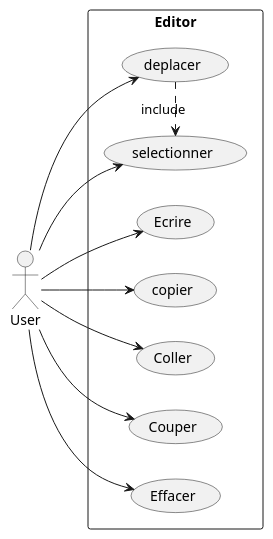
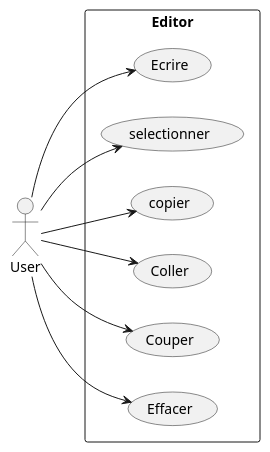
Before and after one commit to kiurow590/ESIR2_OMD_Project_Editor: the diagram in UMLDiag/v1/UseCase.puml, drawn with PlantUML. The commit also changed 6 other files, not shown here.

Commit message:
Mise a jour du readme avec ajout de la V1 + image et correction des diagramme + ajout de la V2 avec diag mais en attente de rediscussion

```diff
--- a/UMLDiag/v1/UseCase.puml
+++ b/UMLDiag/v1/UseCase.puml
@@ -1,26 +1,23 @@
 @startuml
 left to right direction
 actor "User" as user
 rectangle Editor {
   usecase "Ecrire" as UC1
   usecase "selectionner" as UC2
-  usecase "deplacer" as UC3
   usecase "copier" as UC4
   usecase "Coller" as UC5
   usecase "Couper" as UC6
   usecase "Effacer" as UC7
 
 
-(UC3) .> (UC2) : include
 
 
 }
 user --> UC1
 user --> UC2
-user --> UC3
 user --> UC4
 user --> UC5
 user --> UC6
 user --> UC7
 
 @enduml
```
